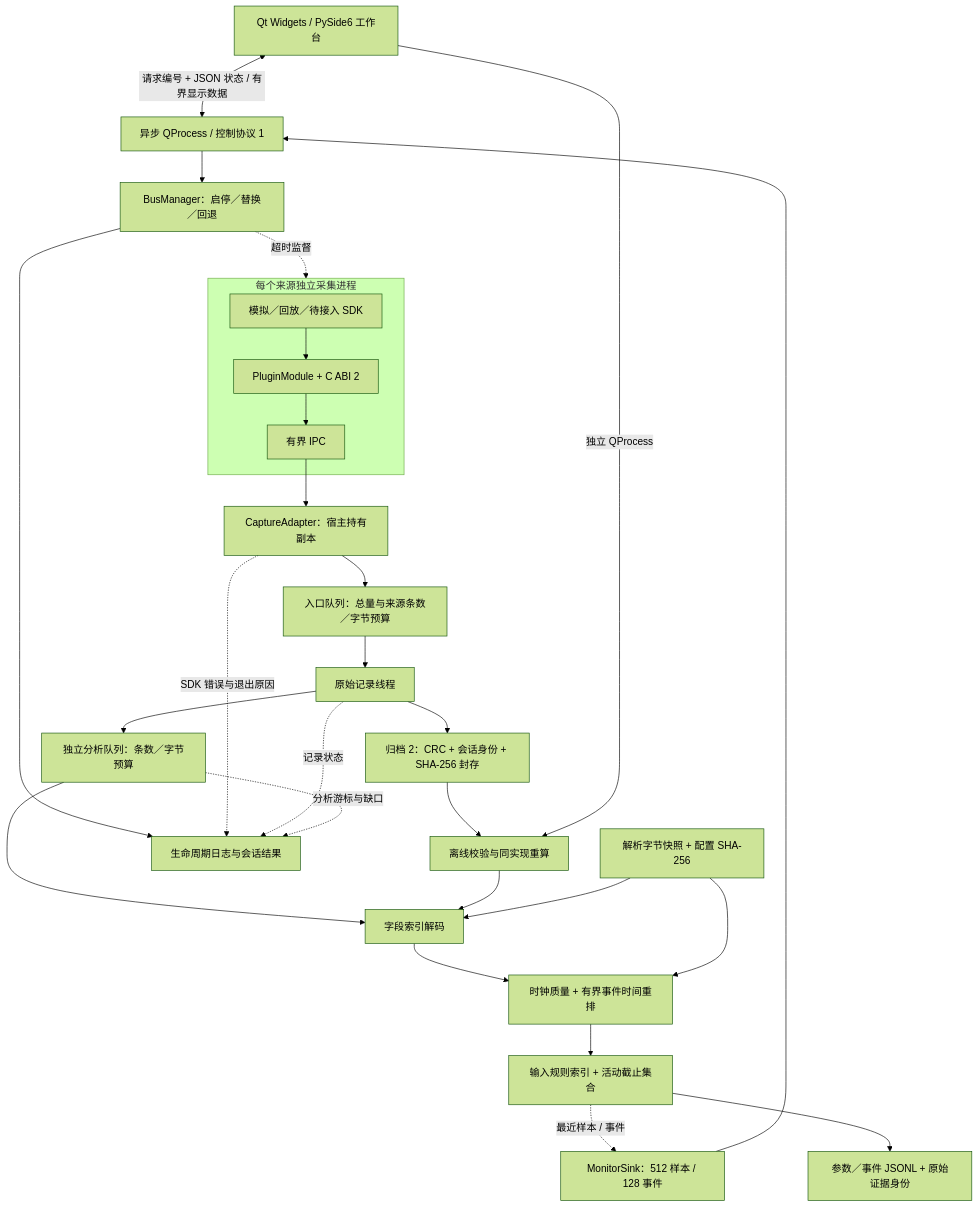
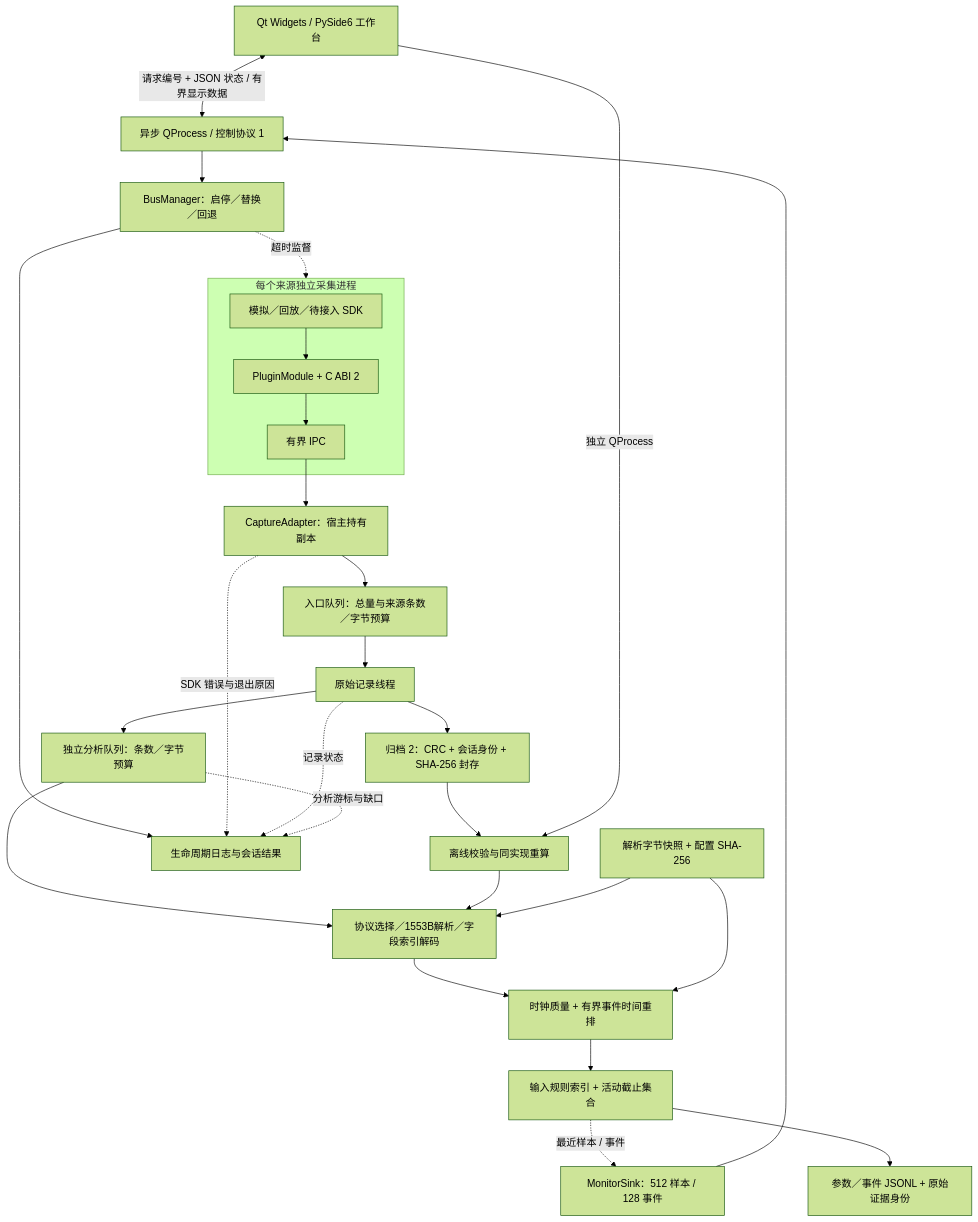
The diagram in avionics-backend/docs/architecture.md (Aggressivecyber/avionics-backend), drawn with Mermaid (forest theme) before and after one commit. The commit also changed other lines of this file and 25 other files, not shown here.

````diff
--- a/avionics-backend/docs/architecture.md
+++ b/avionics-backend/docs/architecture.md
@@ -5,30 +5,30 @@
 ```mermaid
 flowchart TB
     UI[Qt Widgets / PySide6 工作台] <-->|请求编号 + JSON 状态 / 有界显示数据| CTL[异步 QProcess / 控制协议 1]
     CTL --> M
     E -. 最近样本 / 事件 .-> TAP[MonitorSink：512 样本 / 128 事件]
     TAP --> CTL
     M[BusManager：启停／替换／回退] -. 超时监督 .-> W
     subgraph W[每个来源独立采集进程]
         P[模拟／回放／待接入 SDK] --> C[PluginModule + C ABI 2]
         C --> I[有界 IPC]
     end
     I --> A[CaptureAdapter：宿主持有副本]
     A --> Q[入口队列：总量与来源条数／字节预算]
     Q --> R[原始记录线程]
     R --> F[归档 2：CRC + 会话身份 + SHA-256 封存]
     R --> B[独立分析队列：条数／字节预算]
-    B --> D[字段索引解码]
+    B --> D[协议选择／1553B解析／字段索引解码]
     D --> T[时钟质量 + 有界事件时间重排]
     T --> E[输入规则索引 + 活动截止集合]
     E --> O[参数／事件 JSONL + 原始证据身份]
     F --> OFF[离线校验与同实现重算]
     UI -->|独立 QProcess| OFF
     OFF --> D
     M --> J[生命周期日志与会话结果]
     A -. SDK 错误与退出原因 .-> J
     R -. 记录状态 .-> J
     B -. 分析游标与缺口 .-> J
     K[解析字节快照 + 配置 SHA-256] --> D
     K --> T
 ```
````
